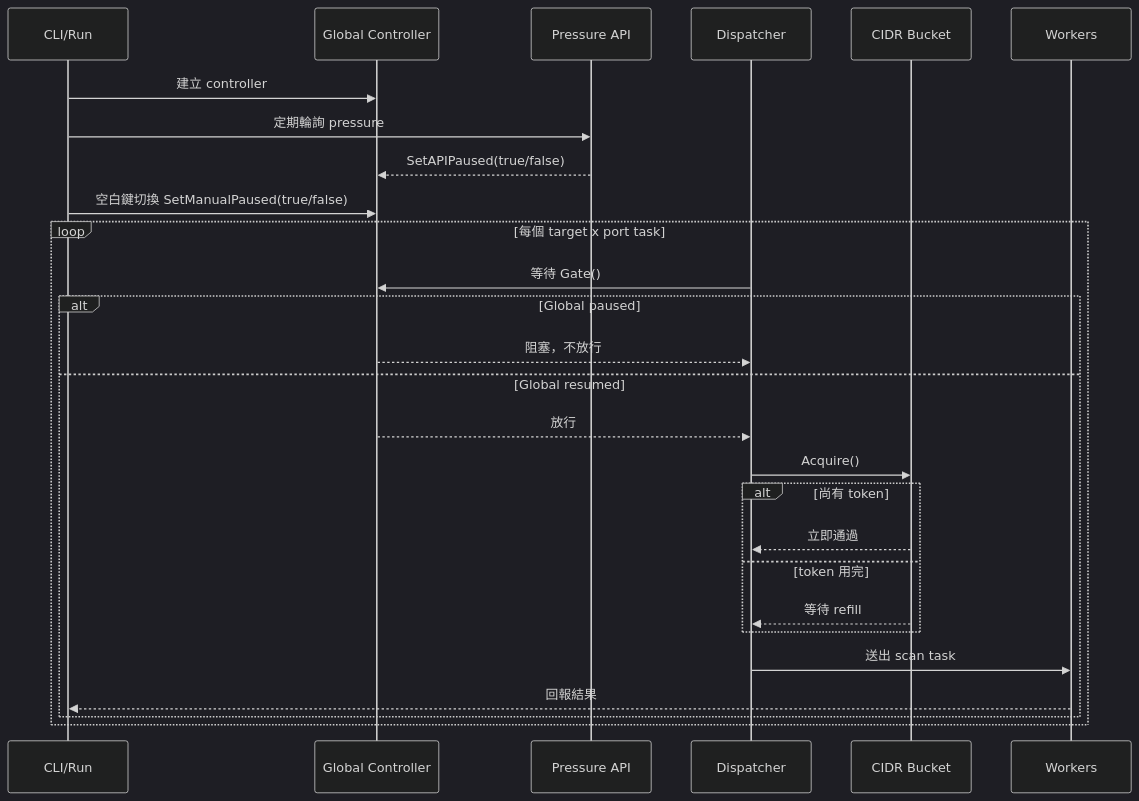
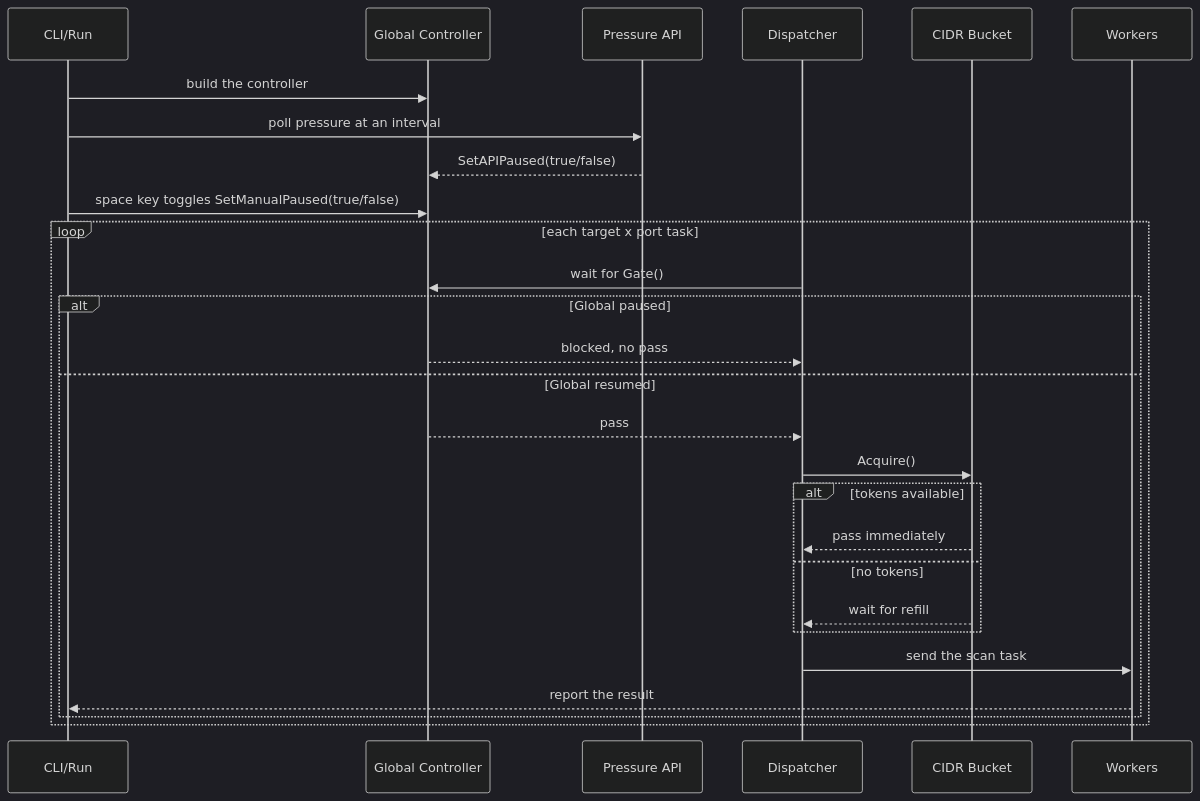
The diagram in docs/explain/speed-control.md (superplayground3000/port-scan-mk3), drawn with Mermaid (dark theme) before and after one commit. The commit also changed other lines of this file and 14 other files, not shown here.

````diff
--- a/docs/explain/speed-control.md
+++ b/docs/explain/speed-control.md
@@ -129,31 +129,31 @@
 ```mermaid
 sequenceDiagram
     participant CLI as CLI/Run
     participant CTRL as Global Controller
     participant API as Pressure API
     participant DISP as Dispatcher
     participant BKT as CIDR Bucket
     participant W as Workers
 
-    CLI->>CTRL: 建立 controller
-    CLI->>API: 定期輪詢 pressure
+    CLI->>CTRL: build the controller
+    CLI->>API: poll pressure at an interval
     API-->>CTRL: SetAPIPaused(true/false)
-    CLI->>CTRL: 空白鍵切換 SetManualPaused(true/false)
+    CLI->>CTRL: space key toggles SetManualPaused(true/false)
 
-    loop 每個 target x port task
-        DISP->>CTRL: 等待 Gate()
+    loop each target x port task
+        DISP->>CTRL: wait for Gate()
         alt Global paused
-            CTRL-->>DISP: 阻塞，不放行
+            CTRL-->>DISP: blocked, no pass
         else Global resumed
-            CTRL-->>DISP: 放行
+            CTRL-->>DISP: pass
             DISP->>BKT: Acquire()
-            alt 尚有 token
-                BKT-->>DISP: 立即通過
-            else token 用完
-                BKT-->>DISP: 等待 refill
+            alt tokens available
+                BKT-->>DISP: pass immediately
+            else no tokens
+                BKT-->>DISP: wait for refill
             end
-            DISP->>W: 送出 scan task
-            W-->>CLI: 回報結果
+            DISP->>W: send the scan task
+            W-->>CLI: report the result
         end
     end
 ```
````
